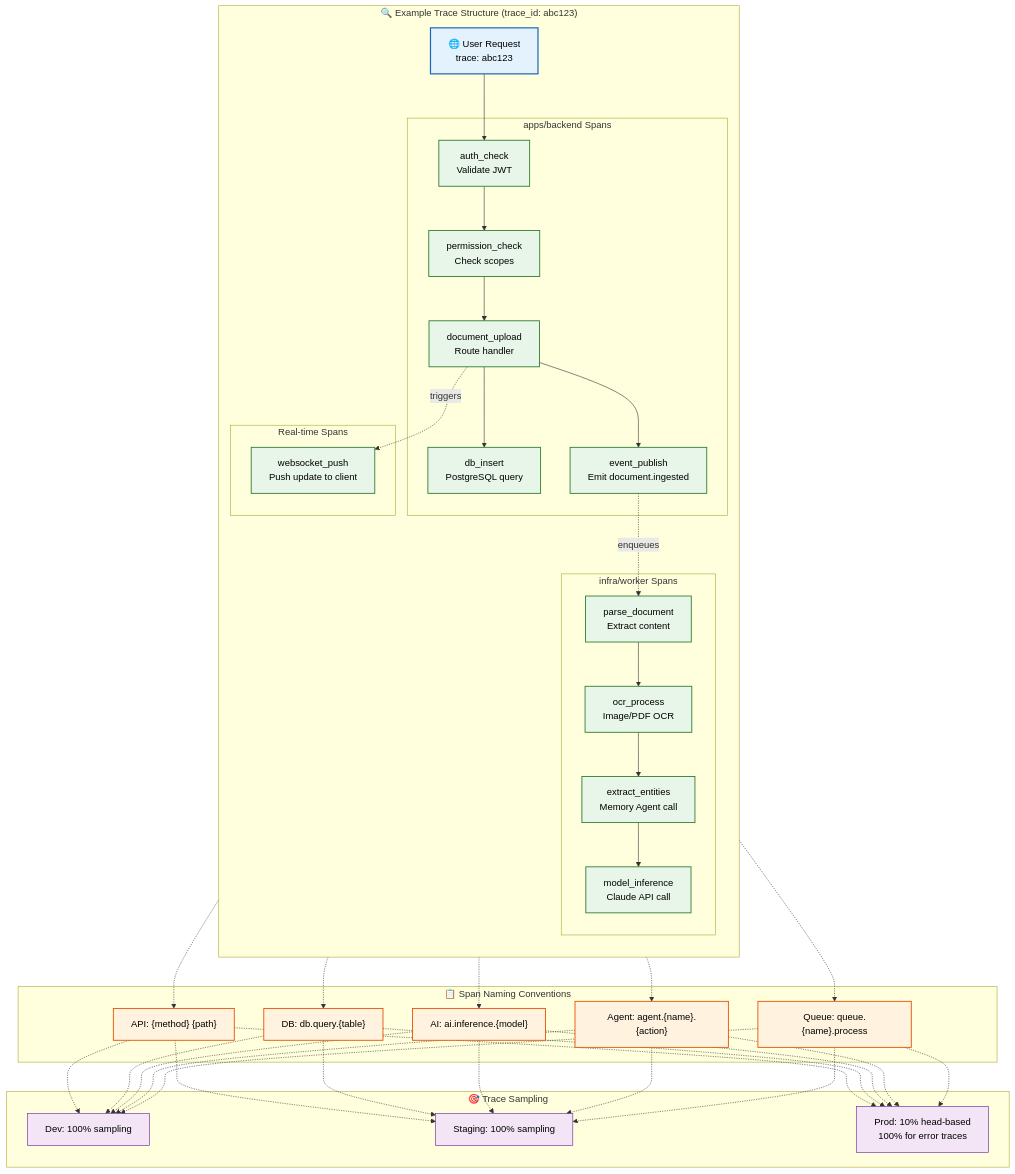
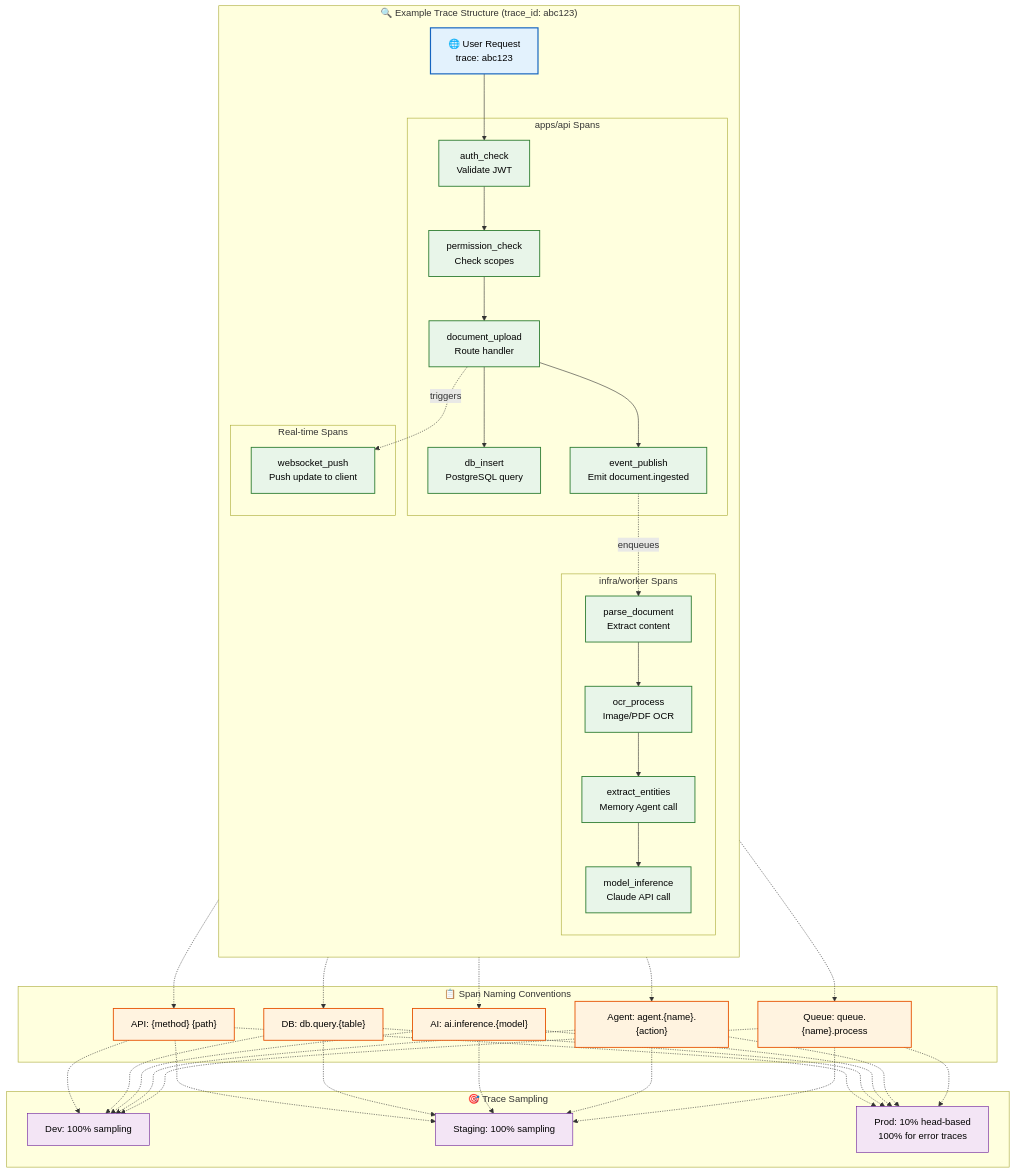
One commit to Driftloom/Vaeloom changed the first of 2 diagrams in docs/devops/Tracing.md. Above: the diagram before and after it, drawn with Mermaid. The commit also changed 730 other files, not shown here.

First line of the commit message:
refactor: rename apps/backend to apps/api + upgrade MVP-P02 prompt

````diff
--- a/docs/devops/Tracing.md
+++ b/docs/devops/Tracing.md
@@ -8,60 +8,60 @@
 ```mermaid
 graph TD
     classDef request fill:#e3f2fd,stroke:#1565c0,color:#000,stroke-width:2px
     classDef spans fill:#e8f5e9,stroke:#2e7d32,color:#000,stroke-width:1.5px
     classDef types fill:#fff3e0,stroke:#e65100,color:#000,stroke-width:1.5px
     classDef sampling fill:#f3e5f5,stroke:#6a1b9a,color:#000,stroke-width:1px
 
     subgraph TraceTree["🔍 Example Trace Structure (trace_id: abc123)"]
         direction TB
         ROOT["🌐 User Request<br/>trace: abc123"]
 
-        subgraph API["apps/backend Spans"]
+        subgraph API["apps/api Spans"]
             A1["auth_check<br/>Validate JWT"]
             A2["permission_check<br/>Check scopes"]
             A3["document_upload<br/>Route handler"]
             A4["db_insert<br/>PostgreSQL query"]
             A5["event_publish<br/>Emit document.ingested"]
         end
 
         subgraph Worker["infra/worker Spans"]
             W1["parse_document<br/>Extract content"]
             W2["ocr_process<br/>Image/PDF OCR"]
             W3["extract_entities<br/>Memory Agent call"]
             W4["model_inference<br/>Claude API call"]
         end
 
         subgraph WS["Real-time Spans"]
             WS1["websocket_push<br/>Push update to client"]
         end
 
         ROOT --> A1 --> A2 --> A3
         A3 --> A4 & A5
         A5 -.->|enqueues| W1
         W1 --> W2 --> W3 --> W4
         A3 -.->|triggers| WS1
     end
 
     subgraph SpanTypes["📋 Span Naming Conventions"]
         S1["API: {method} {path}"]
         S2["DB: db.query.{table}"]
         S3["AI: ai.inference.{model}"]
         S4["Agent: agent.{name}.{action}"]
         S5["Queue: queue.{name}.process"]
     end
 
     subgraph Sampling["🎯 Trace Sampling"]
         SM1["Dev: 100% sampling"]
         SM2["Staging: 100% sampling"]
         SM3["Prod: 10% head-based<br/>100% for error traces"]
     end
 
     ROOT -.-> S1 & S2 & S3 & S4 & S5
     S1 & S2 & S3 & S4 & S5 -.-> SM1 & SM2 & SM3
 
     class ROOT request
     class A1,A2,A3,A4,A5,W1,W2,W3,W4,WS1 spans
     class S1,S2,S3,S4,S5 types
     class SM1,SM2,SM3 sampling
 
 ```
````
